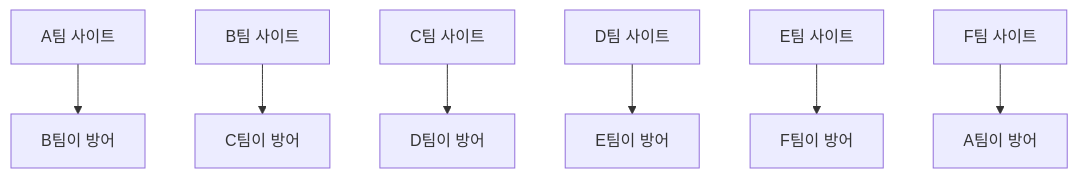
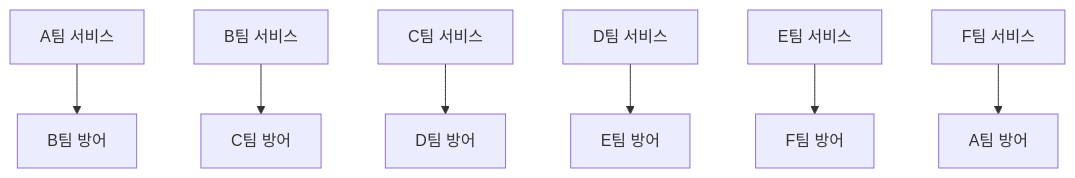
One commit to sane100400/livefire changed the third of 3 diagrams in README.md. Above: the diagram before and after it, drawn with Mermaid. The commit also changed other lines of this file and 32 other files, not shown here.

````diff
--- a/README.md
+++ b/README.md
@@ -145,9 +120,9 @@
 ```mermaid
 flowchart TD
-    A1["A팀 사이트"] --> B1["B팀이 방어"]
-    B2["B팀 사이트"] --> C1["C팀이 방어"]
-    C2["C팀 사이트"] --> D1["D팀이 방어"]
-    D2["D팀 사이트"] --> E1["E팀이 방어"]
-    E2["E팀 사이트"] --> F1["F팀이 방어"]
-    F2["F팀 사이트"] --> A2["A팀이 방어"]
+    A["A팀 서비스"] --> B["B팀 방어"]
+    B2["B팀 서비스"] --> C["C팀 방어"]
+    C2["C팀 서비스"] --> D["D팀 방어"]
+    D2["D팀 서비스"] --> E["E팀 방어"]
+    E2["E팀 서비스"] --> F["F팀 방어"]
+    F2["F팀 서비스"] --> A2["A팀 방어"]
 ```
````
